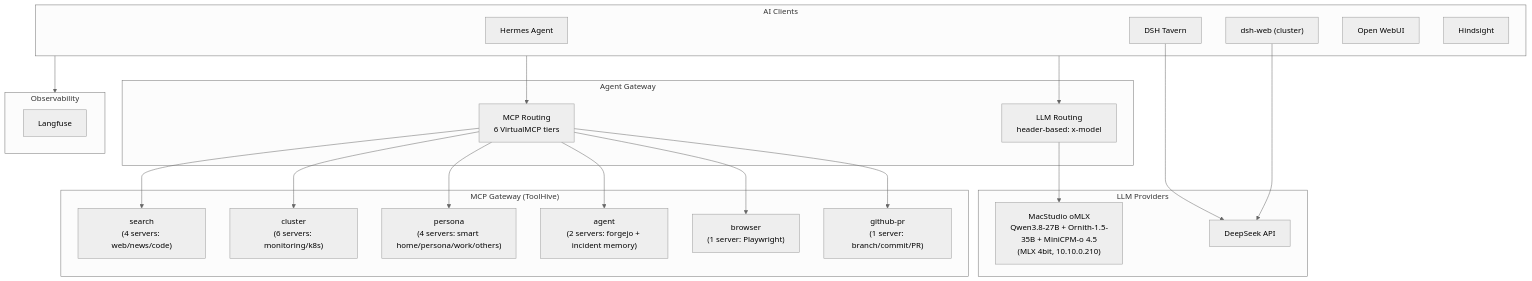
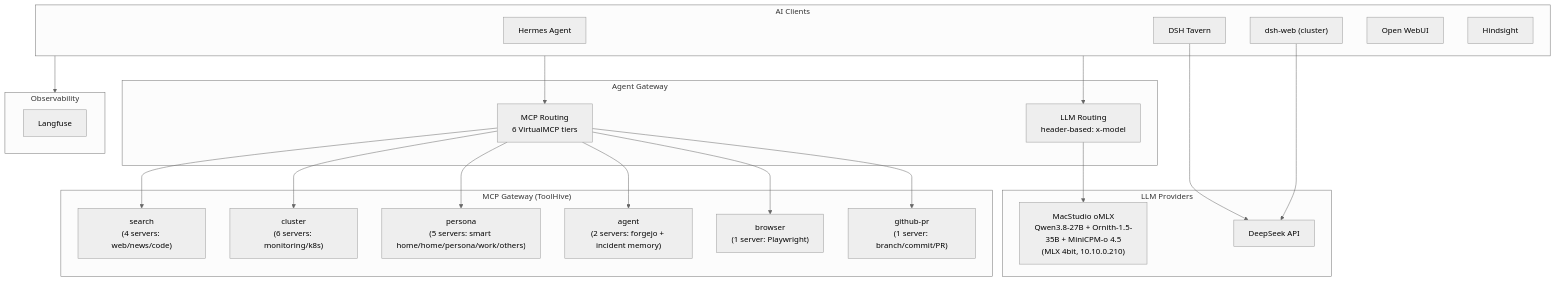
Before and after one commit to soulwhisper/home-ops: the diagram in docs/application/ai.md, drawn with Mermaid (neutral theme). The commit also changed other lines of this file and 6 other files, not shown here.

First line of the commit message:
fix(mcp): include home bank in persona group

````diff
--- a/docs/application/ai.md
+++ b/docs/application/ai.md
@@ -8,46 +8,46 @@
 ```mermaid
 flowchart TB
     subgraph Clients["AI Clients"]
         Hermes["Hermes Agent"]
         Tavern["DSH Tavern"]
         DSHW["dsh-web (cluster)"]
         OWUI["Open WebUI"]
         HS["Hindsight"]
     end
 
     subgraph Gateway["Agent Gateway"]
         AG-LLM["LLM Routing<br/>header-based: x-model"]
         AG-MCP["MCP Routing<br/>6 VirtualMCP tiers"]
     end
 
     subgraph LLM["LLM Providers"]
         Studio["MacStudio oMLX<br/>Qwen3.8-27B + Ornith-1.5-35B + MiniCPM-o 4.5<br/>(MLX 4bit, 10.10.0.210)"]
         External["DeepSeek API"]
     end
 
     subgraph MCP["MCP Gateway (ToolHive)"]
         VMCP-SEARCH["search<br/>(4 servers: web/news/code)"]
         VMCP-CLUSTER["cluster<br/>(6 servers: monitoring/k8s)"]
-        VMCP-HOME["persona<br/>(4 servers: smart home/persona/work/others)"]
+        VMCP-HOME["persona<br/>(5 servers: smart home/home/persona/work/others)"]
         VMCP-AGENT["agent<br/>(2 servers: forgejo + incident memory)"]
         VMCP-BROWSER["browser<br/>(1 server: Playwright)"]
         VMCP-GITHUBPR["github-pr<br/>(1 server: branch/commit/PR)"]
     end
 
     subgraph Obs["Observability"]
         Langfuse["Langfuse"]
     end
 
     Clients --> AG-LLM
     Clients --> AG-MCP
     AG-LLM --> Studio
     AG-MCP --> VMCP-SEARCH
     AG-MCP --> VMCP-CLUSTER
     AG-MCP --> VMCP-HOME
     AG-MCP --> VMCP-AGENT
     AG-MCP --> VMCP-BROWSER
     AG-MCP --> VMCP-GITHUBPR
     Tavern --> External
     DSHW --> External
     Clients --> Obs
 ```
````
